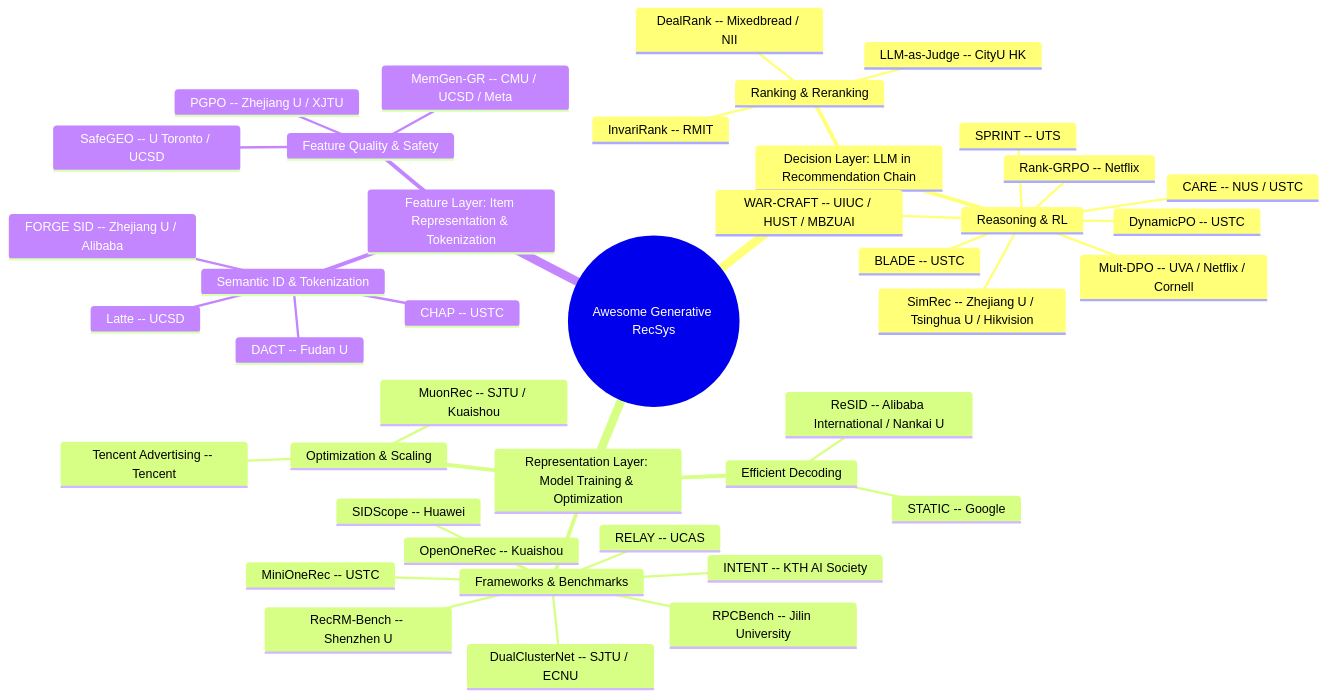
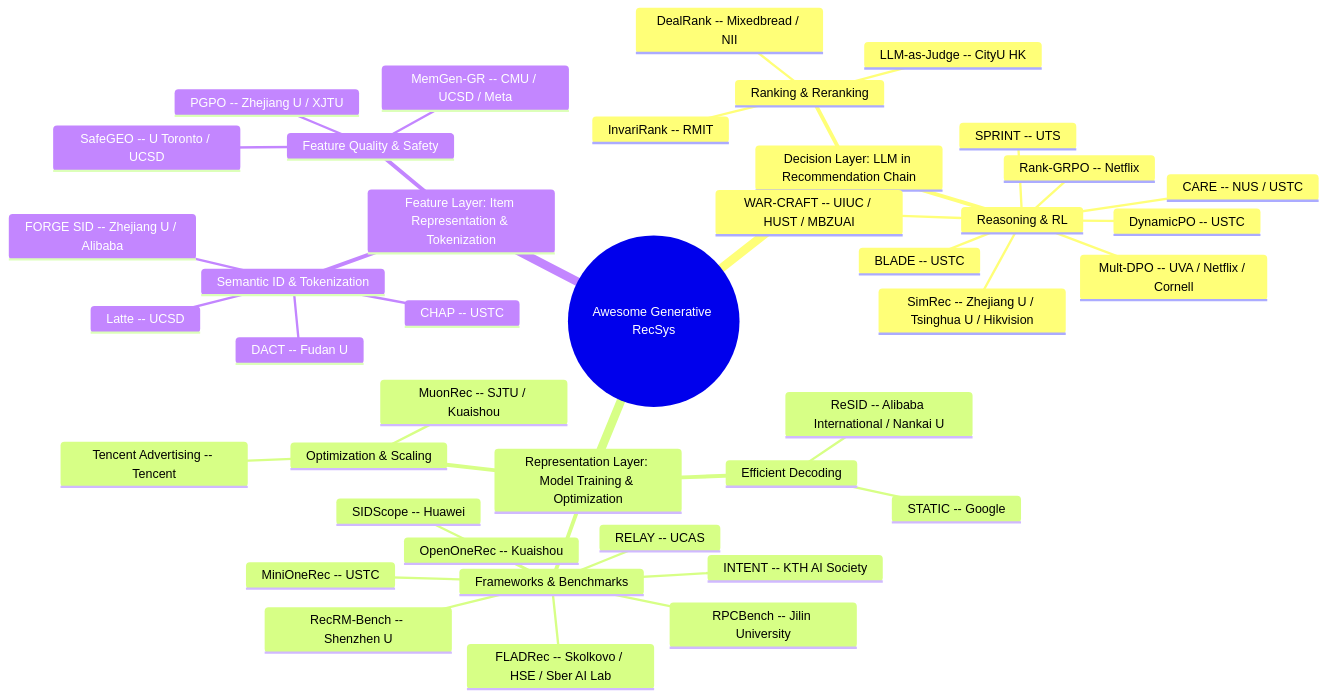
Before and after one commit to HaFred/awesome-generative-recsys: the diagram in README.md, drawn with Mermaid. The commit also changed other lines of this file and 3 other files, not shown here.

````diff
--- a/README.md
+++ b/README.md
@@ -30,44 +30,44 @@
 ```mermaid
 mindmap
   root((Awesome Generative RecSys))
     Decision Layer: LLM in Recommendation Chain
       Reasoning & RL
         WAR-CRAFT -- UIUC / HUST / MBZUAI
         Rank-GRPO -- Netflix
         DynamicPO -- USTC
         BLADE -- USTC
         SPRINT -- UTS
         CARE -- NUS / USTC
         Mult-DPO -- UVA / Netflix / Cornell
         SimRec -- Zhejiang U / Tsinghua U / Hikvision
       Ranking & Reranking
         InvariRank -- RMIT
         DealRank -- Mixedbread / NII
         LLM-as-Judge -- CityU HK
     Representation Layer: Model Training & Optimization
       Frameworks & Benchmarks
         MiniOneRec -- USTC
         OpenOneRec -- Kuaishou
         RecRM-Bench -- Shenzhen U
         SIDScope -- Huawei
         RPCBench -- Jilin University
         INTENT -- KTH AI Society
         RELAY -- UCAS
-        DualClusterNet -- SJTU / ECNU
+        FLADRec -- Skolkovo / HSE / Sber AI Lab
       Efficient Decoding
         STATIC -- Google
         ReSID -- Alibaba International / Nankai U
       Optimization & Scaling
         MuonRec -- SJTU / Kuaishou
         Tencent Advertising -- Tencent
     Feature Layer: Item Representation & Tokenization
       Semantic ID & Tokenization
         Latte -- UCSD
         FORGE SID -- Zhejiang U / Alibaba
         DACT -- Fudan U
         CHAP -- USTC
       Feature Quality & Safety
         SafeGEO -- U Toronto / UCSD
         MemGen-GR -- CMU / UCSD / Meta
         PGPO -- Zhejiang U / XJTU
 ```
````
